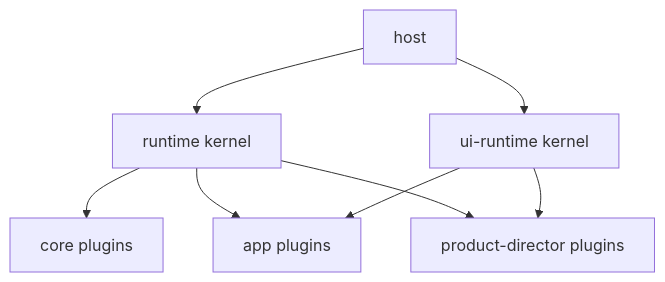
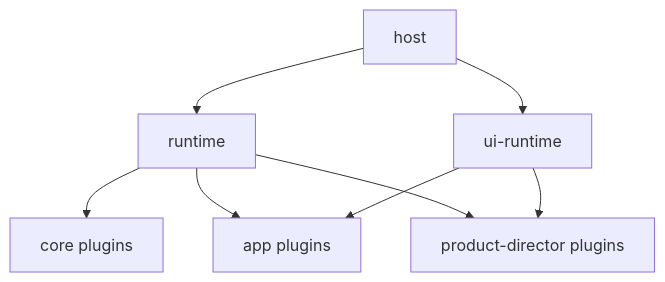
Before and after one commit to buildautomaton/buildautomaton: the diagram in docs/apps/index.md, drawn with Mermaid. The commit also changed other lines of this file and 820 other files, not shown here.

````diff
--- a/docs/apps/index.md
+++ b/docs/apps/index.md
@@ -22,16 +22,16 @@
 ```mermaid
 flowchart TB
   host["host"]
-  runtime["runtime kernel"]
-  ui["ui-runtime kernel"]
+  runtime["runtime"]
+  ui["ui-runtime"]
   core["core plugins"]
   app["app plugins"]
   director["product-director plugins"]
   host --> runtime
   host --> ui
   runtime --> core
   runtime --> app
   runtime --> director
   ui --> app
   ui --> director
 ```
````
